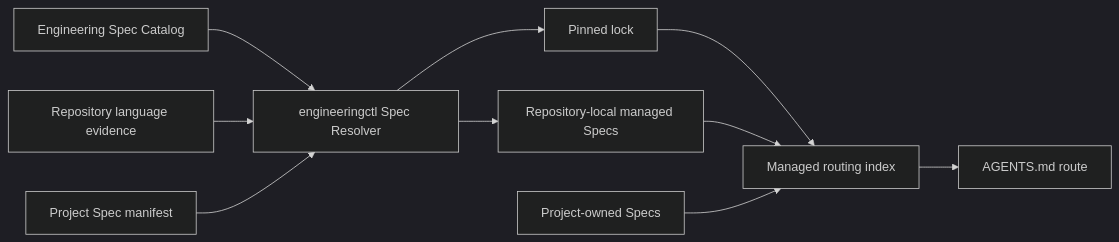
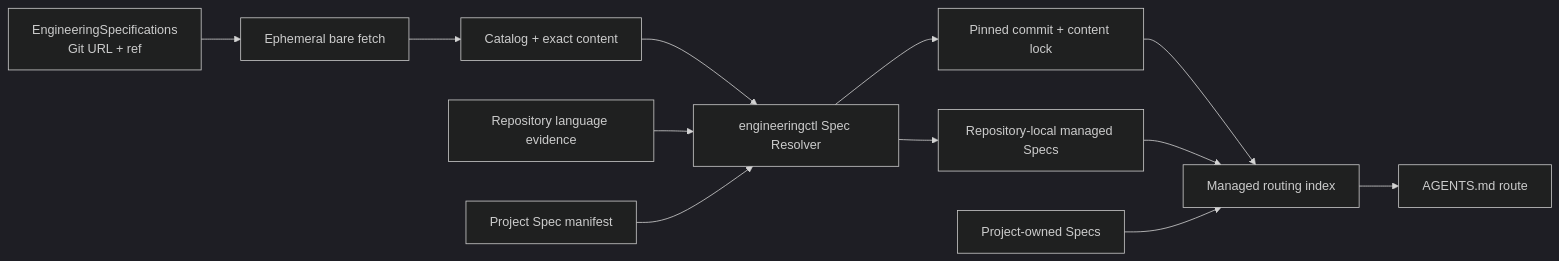
One commit to XiaoWeiKIN/RepoFoundryAI changed the first of 2 diagrams in docs/design-docs/engineering-spec-management.md. Above: the diagram before and after it, drawn with Mermaid (dark theme). The commit also changed other lines of this file and 31 other files, not shown here.

Commit message:
feat: fetch engineering specs from external git catalog

````diff
--- a/docs/design-docs/engineering-spec-management.md
+++ b/docs/design-docs/engineering-spec-management.md
@@ -24,12 +25,14 @@
 ```mermaid
 flowchart LR
-    C["Engineering Spec Catalog"] --> R["engineeringctl Spec Resolver"]
+    G["EngineeringSpecifications<br/>Git URL + ref"] --> F["Ephemeral bare fetch"]
+    F --> C["Catalog + exact content"]
+    C --> R["engineeringctl Spec Resolver"]
     D["Repository language evidence"] --> R
     P["Project Spec manifest"] --> R
-    R --> L["Pinned lock"]
+    R --> L["Pinned commit + content lock"]
     R --> M["Repository-local managed Specs"]
     L --> I["Managed routing index"]
     M --> I
     X["Project-owned Specs"] --> I
     I --> A["AGENTS.md route"]
 ```
````
